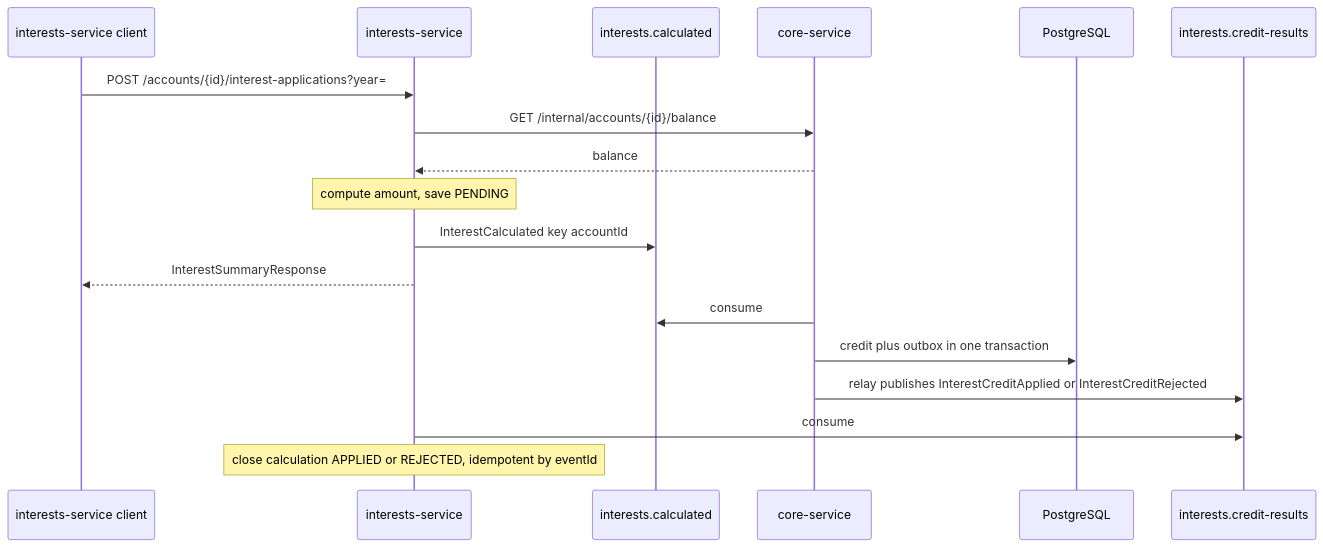
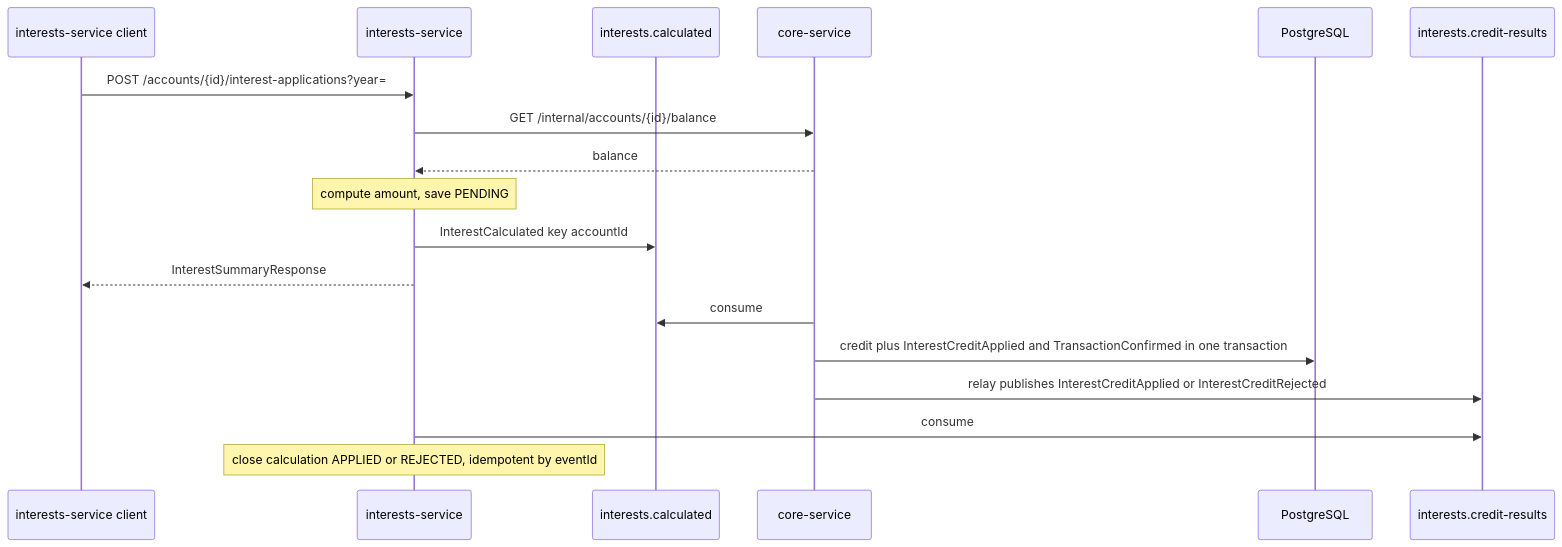
The fourth of 5 diagrams in docs/architecture.md (L0ncho/xyz_bank_server), drawn with Mermaid before and after one commit. The commit also changed other lines of this file and 19 other files, not shown here.

First line of the commit message:
feat(core-service): publish TransactionConfirmed via transactional outbox

````diff
--- a/docs/architecture.md
+++ b/docs/architecture.md
@@ -116,21 +116,21 @@
 ```mermaid
 sequenceDiagram
   participant Caller as interests-service client
   participant Interests as interests-service
   participant Calculated as interests.calculated
   participant Core as core-service
   participant Db as PostgreSQL
   participant Results as interests.credit-results
 
   Caller->>Interests: POST /accounts/{id}/interest-applications?year=
   Interests->>Core: GET /internal/accounts/{id}/balance
   Core-->>Interests: balance
   Note over Interests: compute amount, save PENDING
   Interests->>Calculated: InterestCalculated key accountId
   Interests-->>Caller: InterestSummaryResponse
   Core->>Calculated: consume
-  Core->>Db: credit plus outbox in one transaction
+  Core->>Db: credit plus InterestCreditApplied and TransactionConfirmed in one transaction
   Core->>Results: relay publishes InterestCreditApplied or InterestCreditRejected
   Interests->>Results: consume
   Note over Interests: close calculation APPLIED or REJECTED, idempotent by eventId
 ```
````
